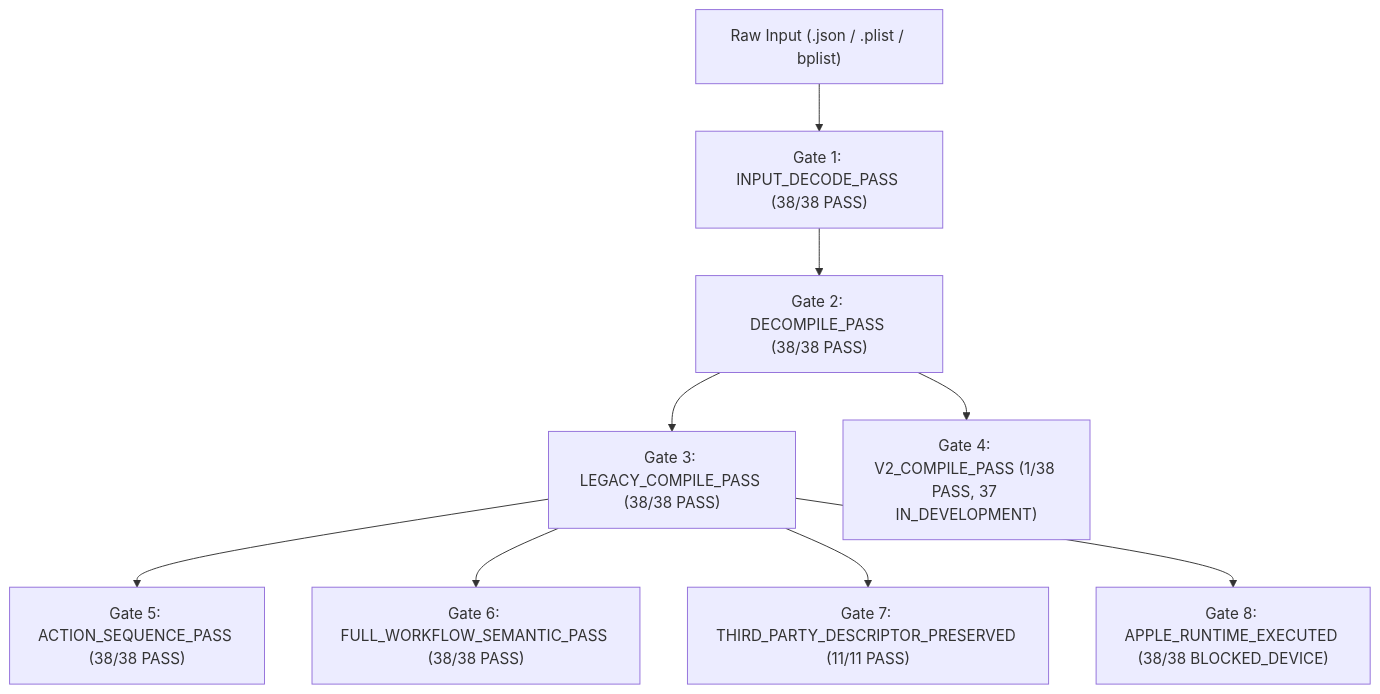
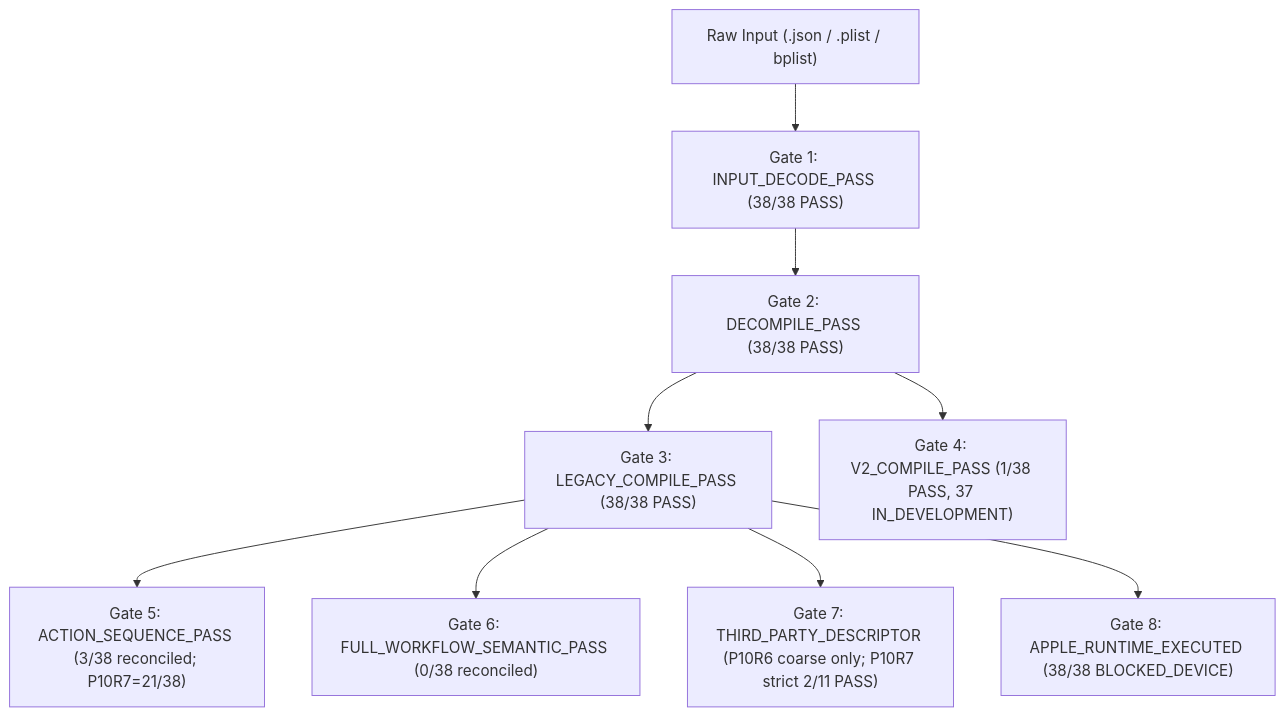
Before and after one commit to davidpovarsky/cherri: the diagram in docs/apple-runtime/p10r6/p10r6-38-corpus-summary.md, drawn with Mermaid. The commit also changed other lines of this file and 41 other files, not shown here.

````diff
--- a/docs/apple-runtime/p10r6/p10r6-38-corpus-summary.md
+++ b/docs/apple-runtime/p10r6/p10r6-38-corpus-summary.md
@@ -35,11 +35,11 @@
 ```mermaid
 flowchart TD
     A["Raw Input (.json / .plist / bplist)"] --> B["Gate 1: INPUT_DECODE_PASS (38/38 PASS)"]
     B --> C["Gate 2: DECOMPILE_PASS (38/38 PASS)"]
     C --> D["Gate 3: LEGACY_COMPILE_PASS (38/38 PASS)"]
     C --> E["Gate 4: V2_COMPILE_PASS (1/38 PASS, 37 IN_DEVELOPMENT)"]
-    D --> F["Gate 5: ACTION_SEQUENCE_PASS (38/38 PASS)"]
-    D --> G["Gate 6: FULL_WORKFLOW_SEMANTIC_PASS (38/38 PASS)"]
-    D --> H["Gate 7: THIRD_PARTY_DESCRIPTOR_PRESERVED (11/11 PASS)"]
+    D --> F["Gate 5: ACTION_SEQUENCE_PASS (3/38 reconciled; P10R7=21/38)"]
+    D --> G["Gate 6: FULL_WORKFLOW_SEMANTIC_PASS (0/38 reconciled)"]
+    D --> H["Gate 7: THIRD_PARTY_DESCRIPTOR (P10R6 coarse only; P10R7 strict 2/11 PASS)"]
     D --> I["Gate 8: APPLE_RUNTIME_EXECUTED (38/38 BLOCKED_DEVICE)"]
 ```
````
